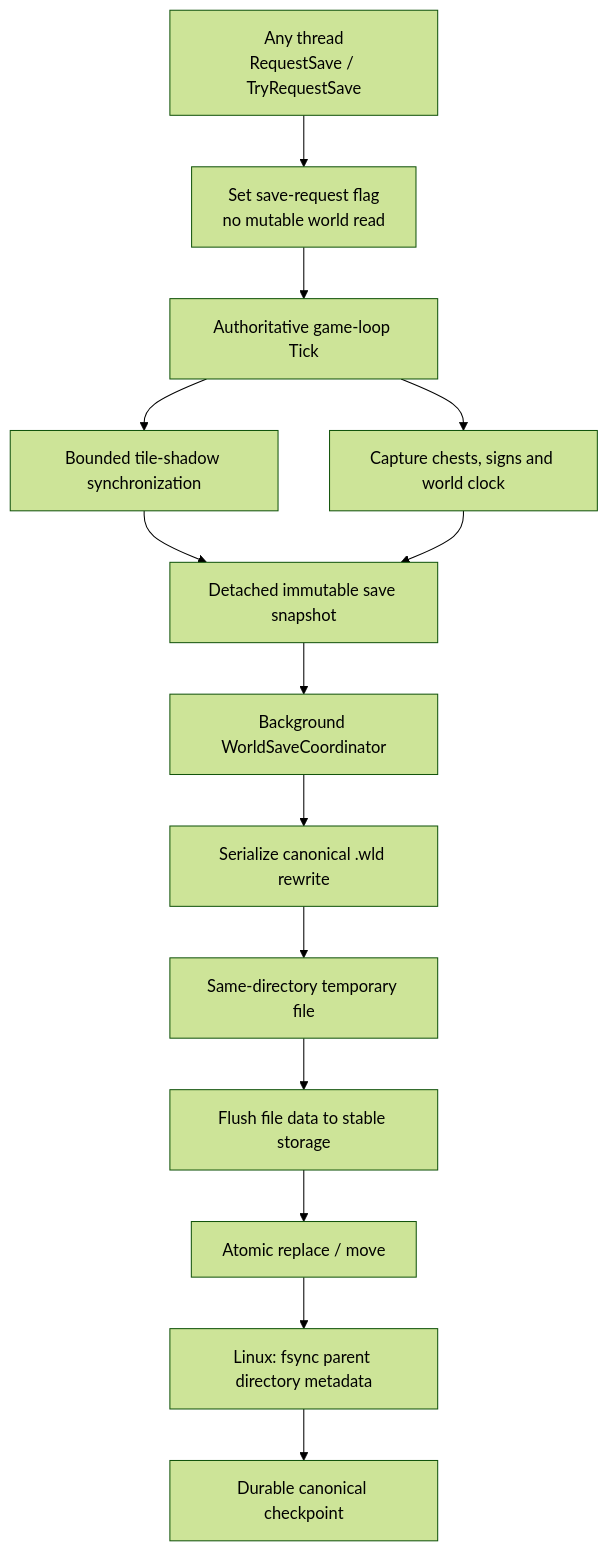
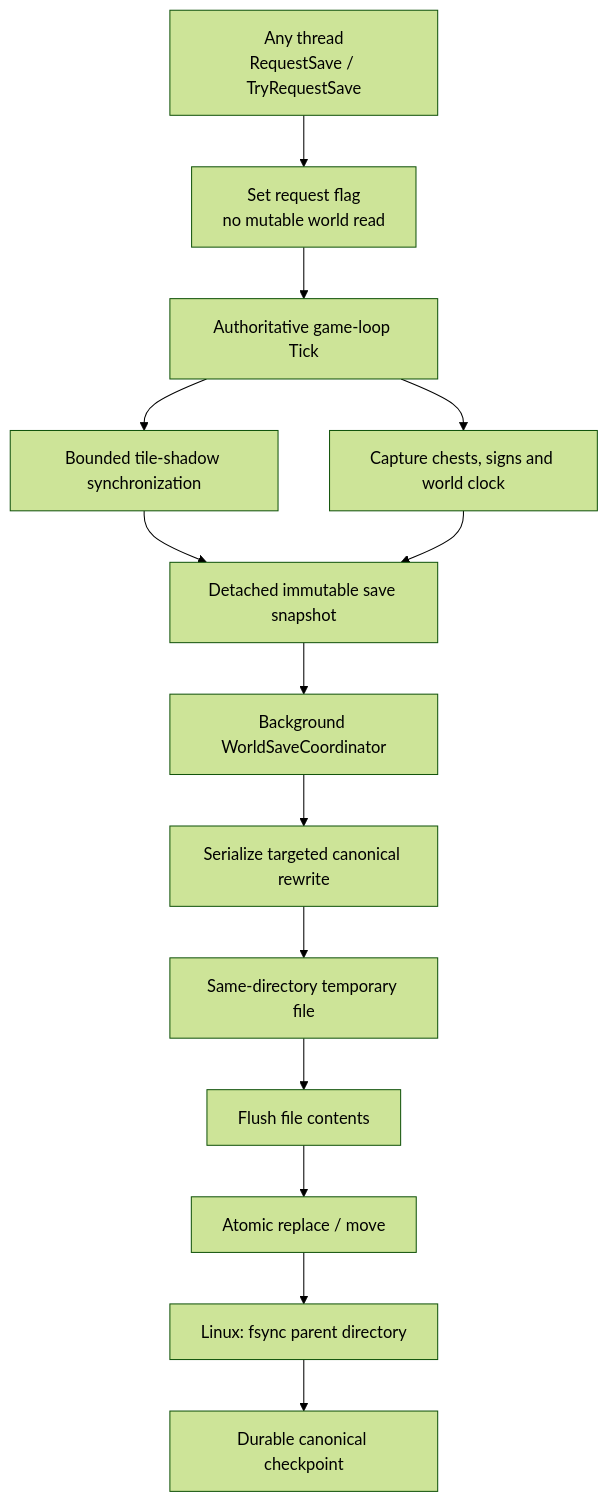
Before and after one commit to VegaKernel/TerraRuntime: the third of 5 diagrams in docs/en/world-persistence.md, drawn with Mermaid (forest theme). The commit also changed other lines of this file and 9 other files, not shown here.

Commit message:
docs: migrate core subsystem diagrams to Mermaid

````diff
--- a/docs/en/world-persistence.md
+++ b/docs/en/world-persistence.md
@@ -119,16 +89,16 @@
 ```mermaid
 flowchart TD
-    A["Any thread<br/>RequestSave / TryRequestSave"] --> B["Set save-request flag<br/>no mutable world read"]
+    A["Any thread<br/>RequestSave / TryRequestSave"] --> B["Set request flag<br/>no mutable world read"]
     B --> C["Authoritative game-loop Tick"]
     C --> D["Bounded tile-shadow synchronization"]
     C --> E["Capture chests, signs and world clock"]
     D --> F["Detached immutable save snapshot"]
     E --> F
     F --> G["Background WorldSaveCoordinator"]
-    G --> H["Serialize canonical .wld rewrite"]
+    G --> H["Serialize targeted canonical rewrite"]
     H --> I["Same-directory temporary file"]
-    I --> J["Flush file data to stable storage"]
+    I --> J["Flush file contents"]
     J --> K["Atomic replace / move"]
-    K --> L["Linux: fsync parent directory metadata"]
+    K --> L["Linux: fsync parent directory"]
     L --> M["Durable canonical checkpoint"]
 ```
````
